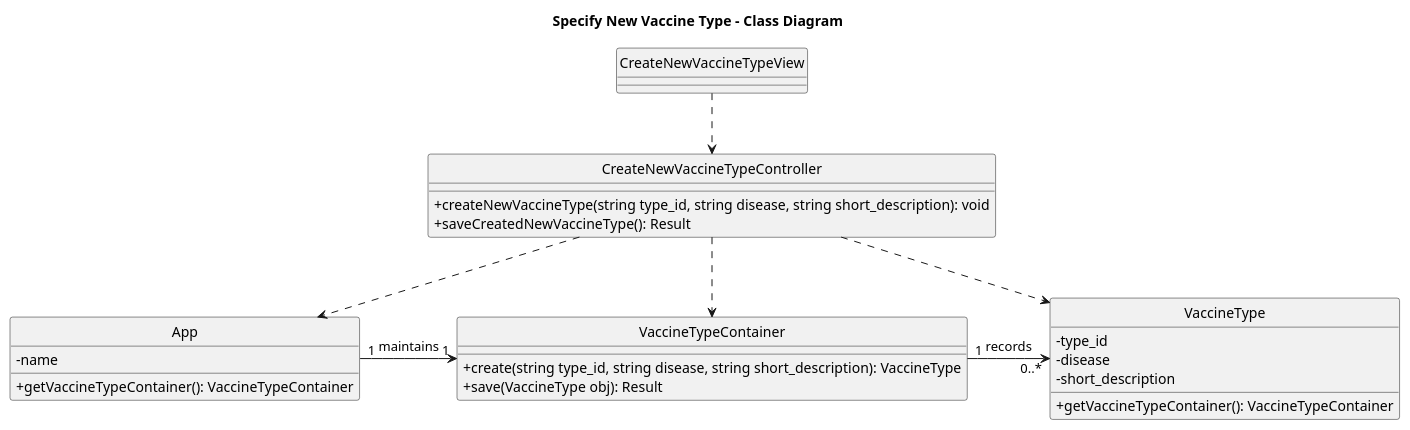
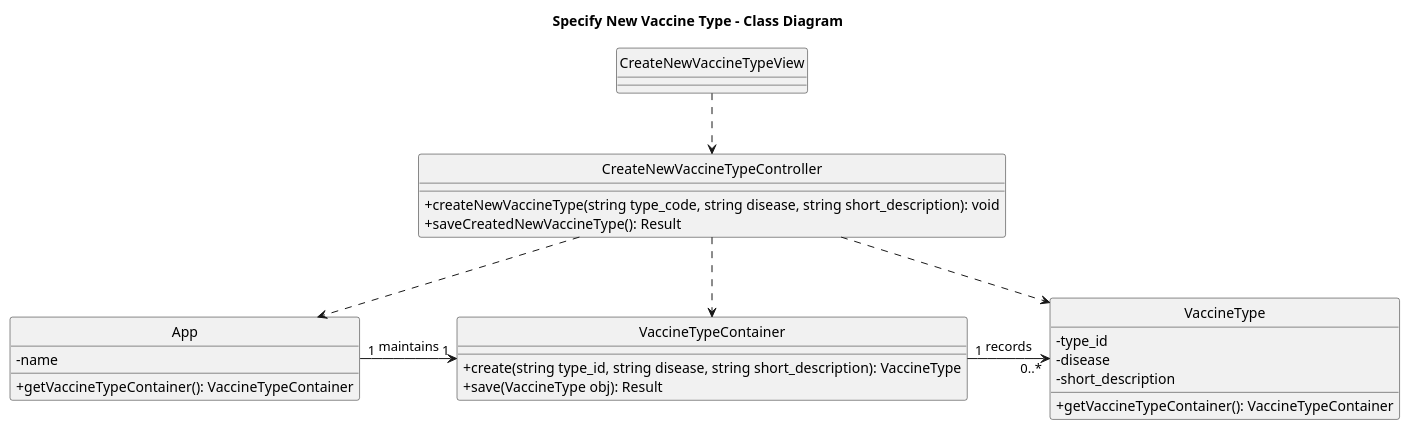
Before and after one commit to Parafita123/leti-esoft-25-26-B1: the diagram in docs/Sprint2/US10/puml/US10 - CD.puml, drawn with PlantUML. The commit also changed 20 other files, not shown here.

Commit message:
Criação de classes para os headers e os sources (vazios) para a US10. Documentação colocada no sprint 2 e atualização do modelo de domínio: hierarquia em employee e facility, remoção de vaccine_type em algumas classes do modelo e remoção de atributos não requisitados pelo cliente.

```diff
--- a/docs/Sprint2/US10/puml/US10 - CD.puml
+++ b/docs/Sprint2/US10/puml/US10 - CD.puml
@@ -1,43 +1,43 @@
 @startuml
 'https://plantuml.com/class-diagram
 
 hide circle
 skinparam classAttributeIconSize 0
 
 title Specify New Vaccine Type - Class Diagram
 
 class CreateNewVaccineTypeView {
 }
 
 class  CreateNewVaccineTypeController {
-    +createNewVaccineType(string type_id, string disease, string short_description): void
+    +createNewVaccineType(string type_code, string disease, string short_description): void
     +saveCreatedNewVaccineType(): Result
 }
 
 class VaccineType {
     - type_id
     - disease
     - short_description
     +getVaccineTypeContainer(): VaccineTypeContainer
 }
 
 class App {
     - name
     +getVaccineTypeContainer(): VaccineTypeContainer
 }
 
 class VaccineTypeContainer {
 + create(string type_id, string disease, string short_description): VaccineType
 + save(VaccineType obj): Result
 }
 
 
 App "1" -right-> "1" VaccineTypeContainer: maintains
 VaccineTypeContainer "1" -right-> "0..*" VaccineType: records
 
 CreateNewVaccineTypeView ..> CreateNewVaccineTypeController
 CreateNewVaccineTypeController ..> App
 CreateNewVaccineTypeController ..> VaccineTypeContainer
 CreateNewVaccineTypeController ..> VaccineType
 
 @enduml
```
